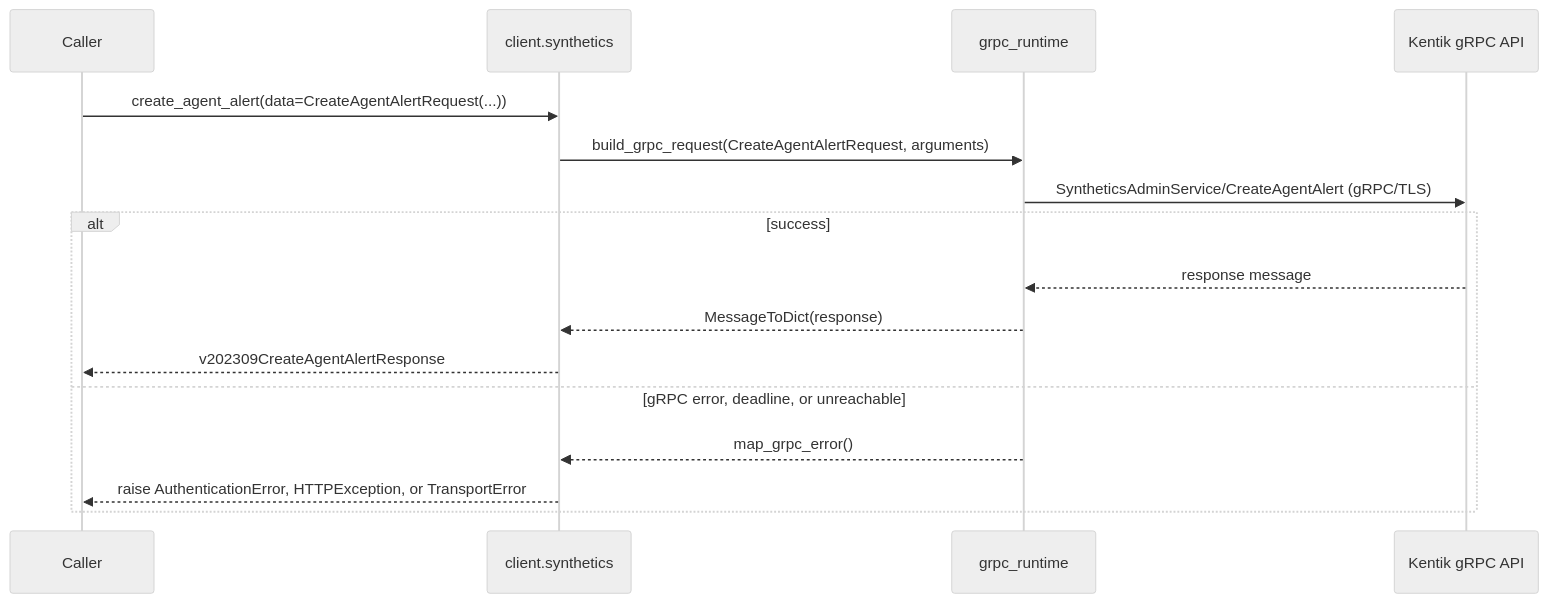
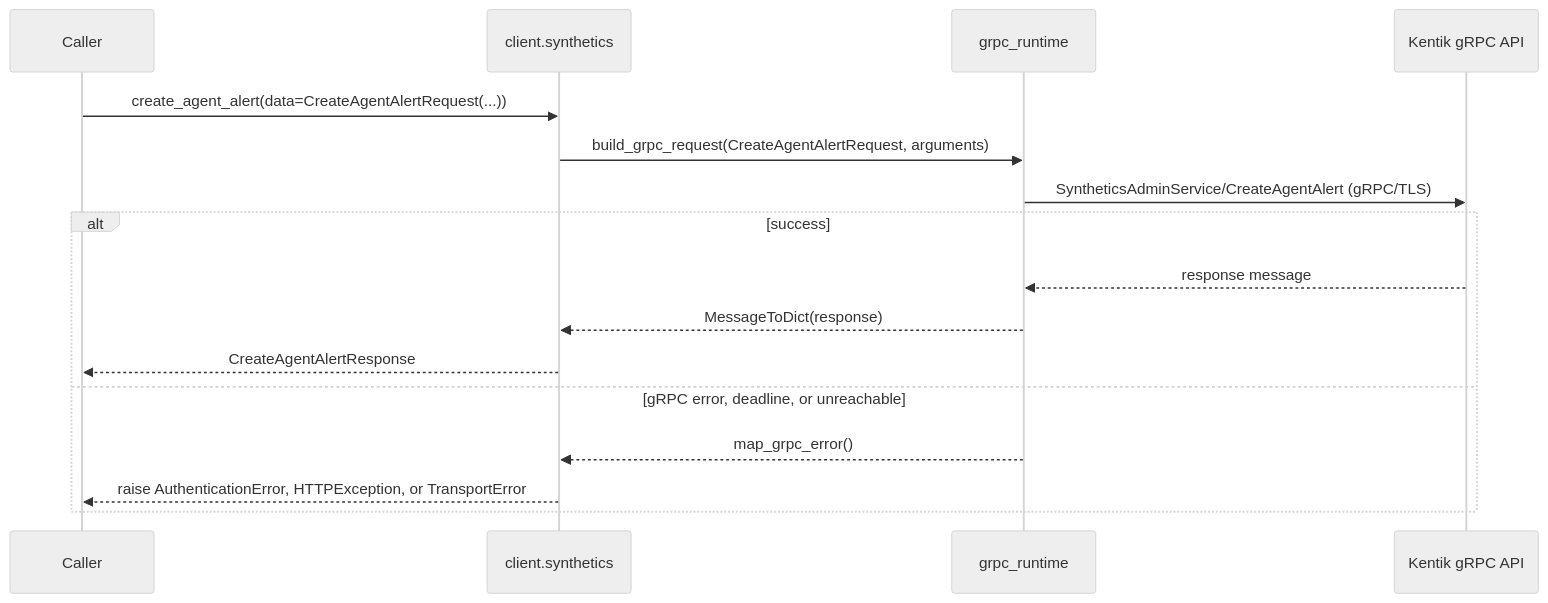
Before and after one commit to alexdearaujo/community_sdk_python: the fifth of 38 diagrams in docs/sphinx/services/synthetics.md, drawn with Mermaid (neutral theme). The commit also changed other lines of this file and 38 other files, not shown here.

````diff
--- a/docs/sphinx/services/synthetics.md
+++ b/docs/sphinx/services/synthetics.md
@@ -135,19 +135,19 @@
 ```mermaid
 sequenceDiagram
     participant C as Caller
     participant W as client.synthetics
     participant R as grpc_runtime
     participant API as Kentik gRPC API
 
     C->>W: create_agent_alert(data=CreateAgentAlertRequest(...))
     W->>R: build_grpc_request(CreateAgentAlertRequest, arguments)
     R->>API: SyntheticsAdminService/CreateAgentAlert (gRPC/TLS)
     alt success
         API-->>R: response message
         R-->>W: MessageToDict(response)
-        W-->>C: v202309CreateAgentAlertResponse
+        W-->>C: CreateAgentAlertResponse
     else gRPC error, deadline, or unreachable
         R-->>W: map_grpc_error()
         W-->>C: raise AuthenticationError, HTTPException, or TransportError
     end
 ```
````
